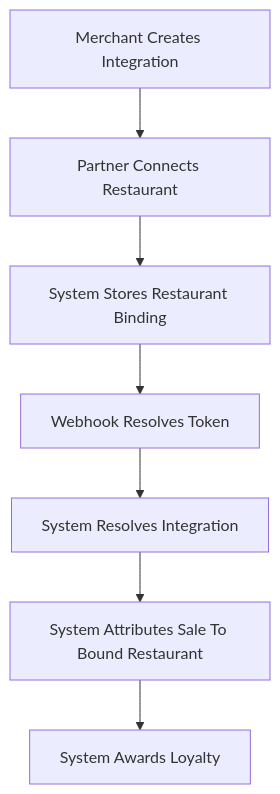
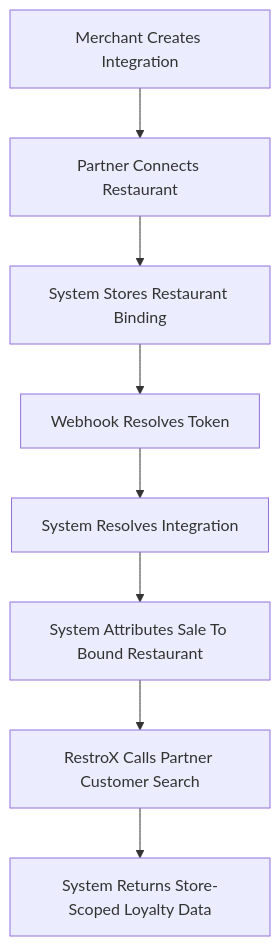
The diagram in integrations/restrox/PARTNER-HANDOFF.md (krischal07/docs), drawn with Mermaid before and after one commit. The commit also changed other lines of this file and 19 other files, not shown here.

````diff
--- a/integrations/restrox/PARTNER-HANDOFF.md
+++ b/integrations/restrox/PARTNER-HANDOFF.md
@@ -27,9 +27,10 @@
 ```mermaid
 flowchart TD
   A["Merchant Creates Integration"] --> B["Partner Connects Restaurant"]
   B --> C["System Stores Restaurant Binding"]
   C --> D["Webhook Resolves Token"]
   D --> E["System Resolves Integration"]
   E --> F["System Attributes Sale To Bound Restaurant"]
-  F --> G["System Awards Loyalty"]
+  F --> G["RestroX Calls Partner Customer Search"]
+  G --> H["System Returns Store-Scoped Loyalty Data"]
 ```
````
